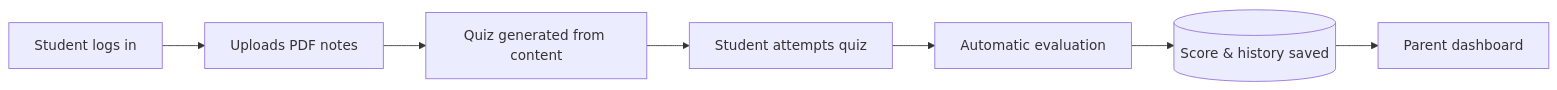
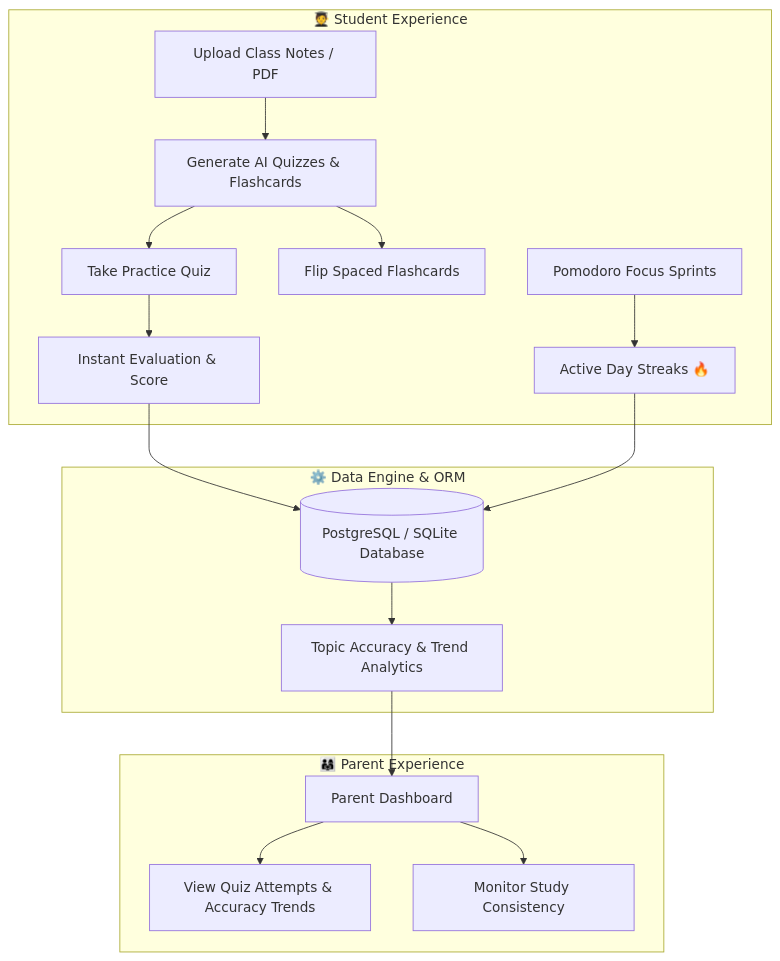
The diagram in README.md (Sayali283/StudyGrade), drawn with Mermaid before and after one commit. The commit also changed other lines of this file and 11 other files, not shown here.

Commit message:
Redesign README with native Mermaid diagrams, remove screenshots directory

````diff
--- a/README.md
+++ b/README.md
@@ -68,9 +45,22 @@
 ```mermaid
-flowchart LR
-    A[Student logs in] --> B[Uploads PDF notes]
-    B --> C[Quiz generated from content]
-    C --> D[Student attempts quiz]
-    D --> E[Automatic evaluation]
-    E --> F[(Score & history saved)]
-    F --> G[Parent dashboard]
+flowchart TD
+    subgraph Student["🧑‍🎓 Student Experience"]
+        A[Upload Class Notes / PDF] --> B[Generate AI Quizzes & Flashcards]
+        B --> C[Take Practice Quiz]
+        B --> D[Flip Spaced Flashcards]
+        C --> E[Instant Evaluation & Score]
+        F[Pomodoro Focus Sprints] --> G[Active Day Streaks 🔥]
+    end
+
+    subgraph DataEngine["⚙️ Data Engine & ORM"]
+        E --> H[(PostgreSQL / SQLite Database)]
+        G --> H
+        H --> I[Topic Accuracy & Trend Analytics]
+    end
+
+    subgraph Parent["👨‍👩‍👧 Parent Experience"]
+        I --> J[Parent Dashboard]
+        J --> K[View Quiz Attempts & Accuracy Trends]
+        J --> L[Monitor Study Consistency]
+    end
 ```
````
